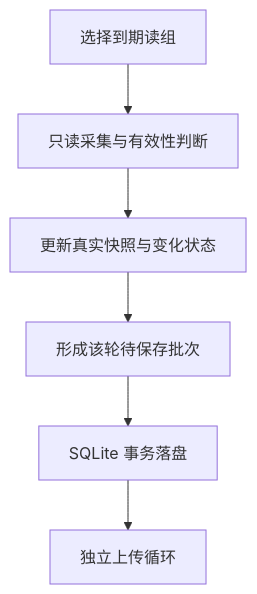
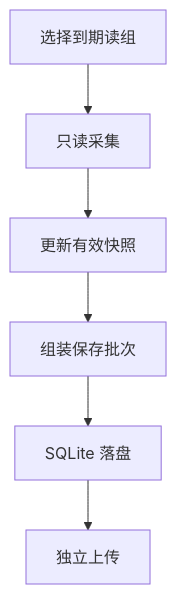
Before and after one commit to JNchen7/scada-harness-engineering: the diagram in docs/design-docs/09-协议适配与采集服务详细设计.md, drawn with Mermaid. The commit also changed other lines of this file and 5 other files, not shown here.

Commit message:
docs: keep diagram labels compact and readable

````diff
--- a/docs/design-docs/09-协议适配与采集服务详细设计.md
+++ b/docs/design-docs/09-协议适配与采集服务详细设计.md
@@ -19,8 +19,8 @@
 ```mermaid
 flowchart TB
-    D["选择到期读组"] --> R["只读采集与有效性判断"]
-    R --> S["更新真实快照与变化状态"]
-    S --> B["形成该轮待保存批次"]
-    B --> L["SQLite 事务落盘"]
-    L --> U["独立上传循环"]
+    D["选择到期读组"] --> R["只读采集"]
+    R --> S["更新有效快照"]
+    S --> B["组装保存批次"]
+    B --> L["SQLite 落盘"]
+    L --> U["独立上传"]
 ```
````
